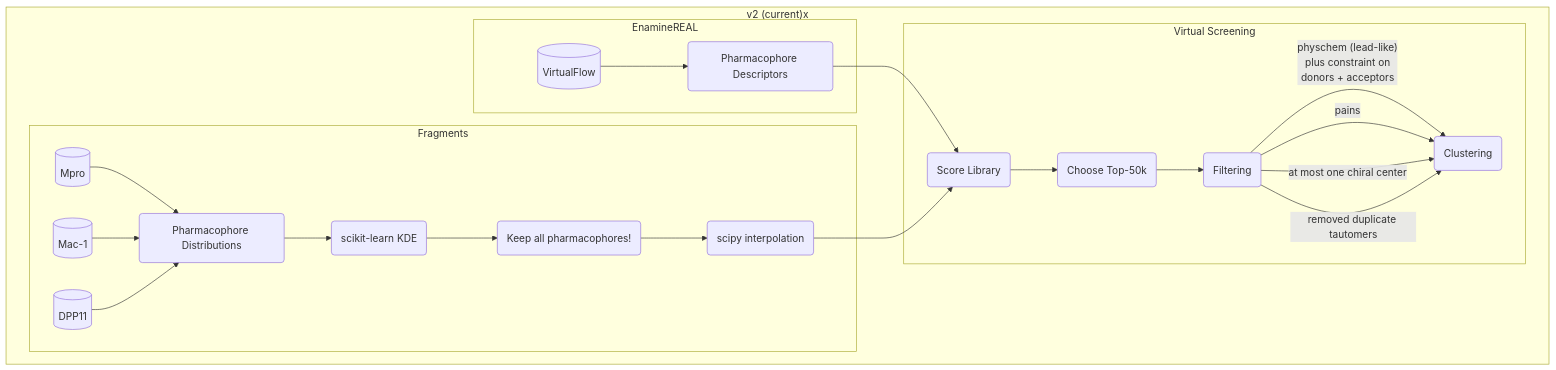
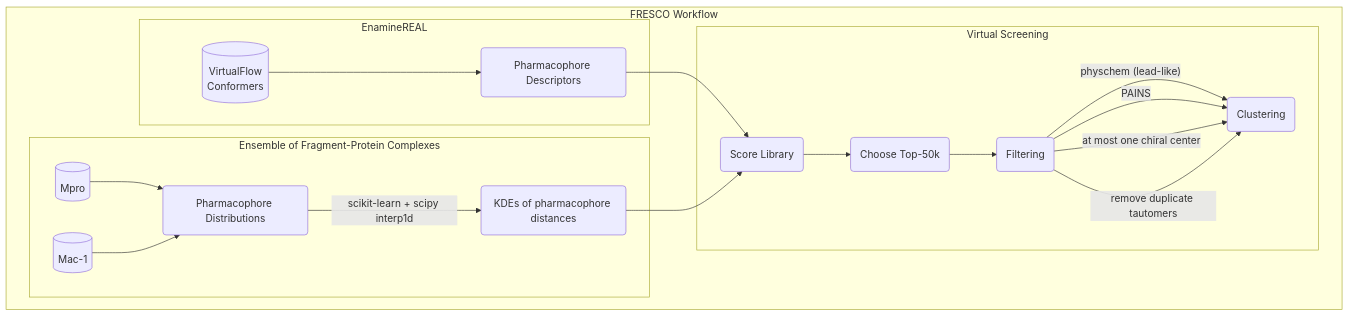
One commit to wjm41/fresco changed the diagram in README.md. Above: the diagram before and after it, drawn with Mermaid. The commit also changed other lines of this file, not shown here.

````diff
--- a/README.md
+++ b/README.md
@@ -9,29 +10,26 @@
 ```mermaid
 flowchart TD
-subgraph "v2 (current)"x
+subgraph "FRESCO Workflow"
 subgraph EnamineREAL
-A[(VirtualFlow)] --> B(Pharmacophore Descriptors)
+A[(VirtualFlow\nConformers)] --> B(Pharmacophore Descriptors)
 end
 
-subgraph Fragments
+subgraph Ensemble of  Fragment-Protein Complexes
 Mpro[(Mpro)] --> PharmD(Pharmacophore Distributions)
 Mac-1[(Mac-1)] --> PharmD
-DPP11[(DPP11)] --> PharmD
-PharmD --> KDExact(scikit-learn KDE)
-KDExact --> Keep(Keep all pharmacophores!)
-Keep --> KDE(scipy interpolation)
+PharmD -- scikit-learn + scipy interp1d--> KDE(KDEs of pharmacophore distances)
 end
 
 subgraph Virtual Screening
 B --> E(Score Library)
 KDE --> E
 E --> F(Choose Top-50k)
 F --> G(Filtering)
-G -- "physchem (lead-like)\n plus constraint on \n donors + acceptors"--> H(Clustering)
-G -- pains --> H
+G -- "physchem (lead-like)"--> H(Clustering)
+G -- PAINS --> H
 G -- "at most one chiral center" --> H
-G -- removed duplicate tautomers --> H
+G -- remove duplicate tautomers --> H
 
 end
 end
 ```
````
